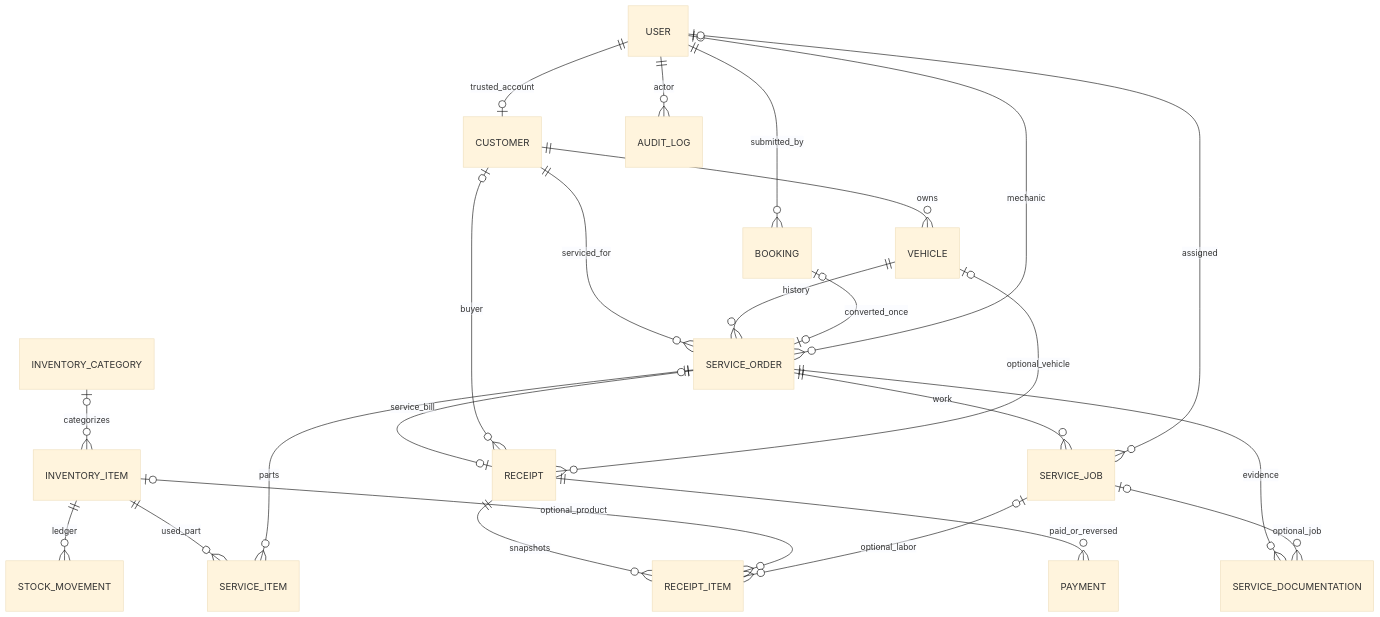
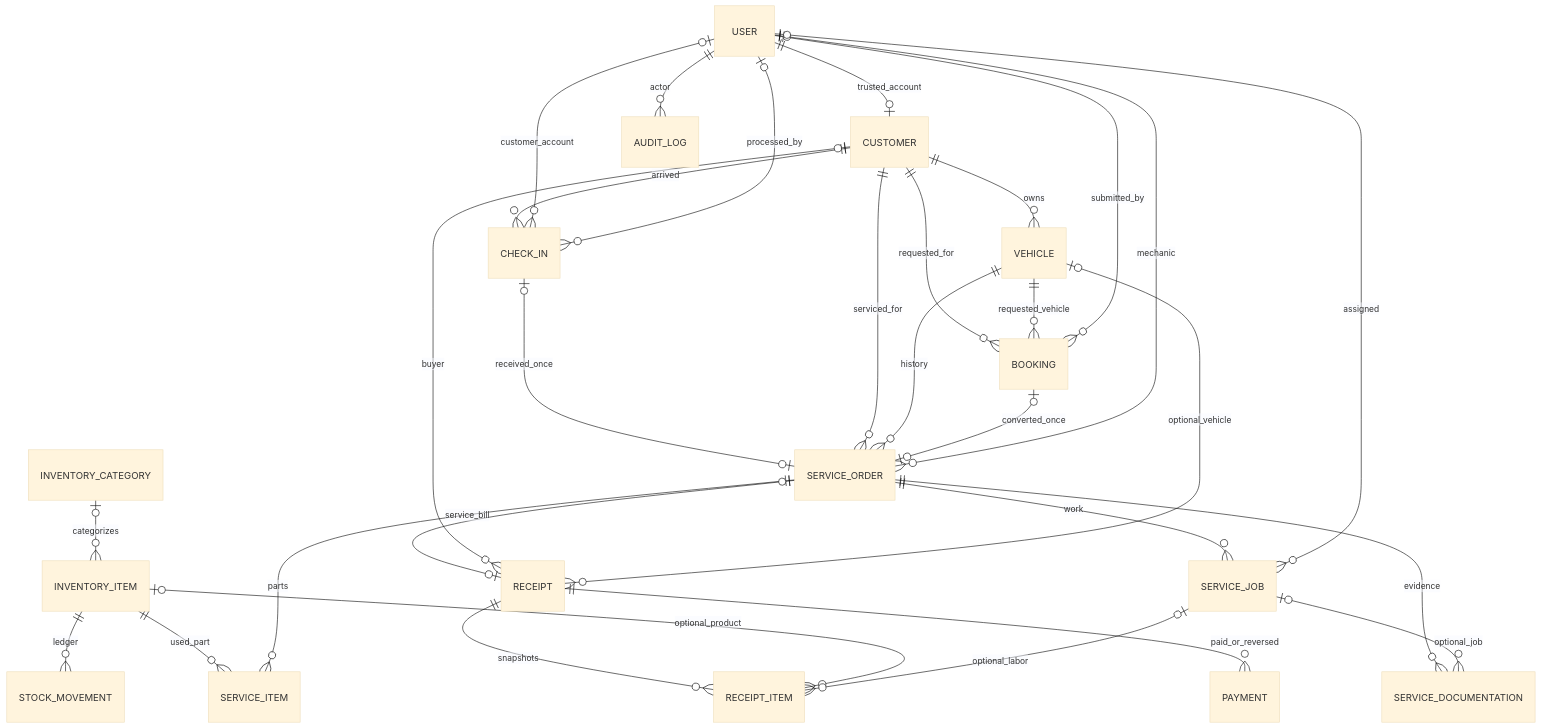
One commit to nnazuaff/ajm-bengkel-laravel changed the diagram in docs/domain.md. Above: the diagram before and after it, drawn with Mermaid (base theme). The commit also changed other lines of this file and 5 other files, not shown here.

````diff
--- a/docs/domain.md
+++ b/docs/domain.md
@@ -6,26 +8,32 @@
 ```mermaid
 erDiagram
     USER ||--o| CUSTOMER : trusted_account
     CUSTOMER ||--o{ VEHICLE : owns
+    CUSTOMER ||--o{ BOOKING : requested_for
+    VEHICLE ||--o{ BOOKING : requested_vehicle
+    CUSTOMER ||--o{ CHECK_IN : arrived
+    USER o|--o{ CHECK_IN : customer_account
+    USER o|--o{ CHECK_IN : processed_by
+    CHECK_IN o|--o| SERVICE_ORDER : received_once
     CUSTOMER ||--o{ SERVICE_ORDER : serviced_for
     VEHICLE ||--o{ SERVICE_ORDER : history
     USER ||--o{ BOOKING : submitted_by
     BOOKING o|--o| SERVICE_ORDER : converted_once
     USER o|--o{ SERVICE_ORDER : mechanic
     SERVICE_ORDER ||--o{ SERVICE_JOB : work
     USER o|--o{ SERVICE_JOB : assigned
     SERVICE_ORDER ||--o{ SERVICE_DOCUMENTATION : evidence
     SERVICE_JOB o|--o{ SERVICE_DOCUMENTATION : optional_job
     INVENTORY_CATEGORY o|--o{ INVENTORY_ITEM : categorizes
     INVENTORY_ITEM ||--o{ STOCK_MOVEMENT : ledger
     INVENTORY_ITEM ||--o{ SERVICE_ITEM : used_part
     SERVICE_ORDER ||--o{ SERVICE_ITEM : parts
     SERVICE_ORDER o|--o| RECEIPT : service_bill
     CUSTOMER o|--o{ RECEIPT : buyer
     VEHICLE o|--o{ RECEIPT : optional_vehicle
     RECEIPT ||--o{ RECEIPT_ITEM : snapshots
     INVENTORY_ITEM o|--o{ RECEIPT_ITEM : optional_product
     SERVICE_JOB o|--o{ RECEIPT_ITEM : optional_labor
     RECEIPT ||--o{ PAYMENT : paid_or_reversed
     USER ||--o{ AUDIT_LOG : actor
 ```
````
